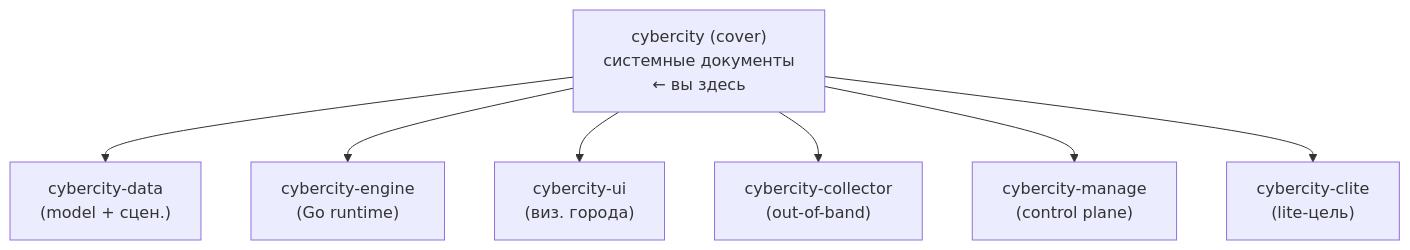
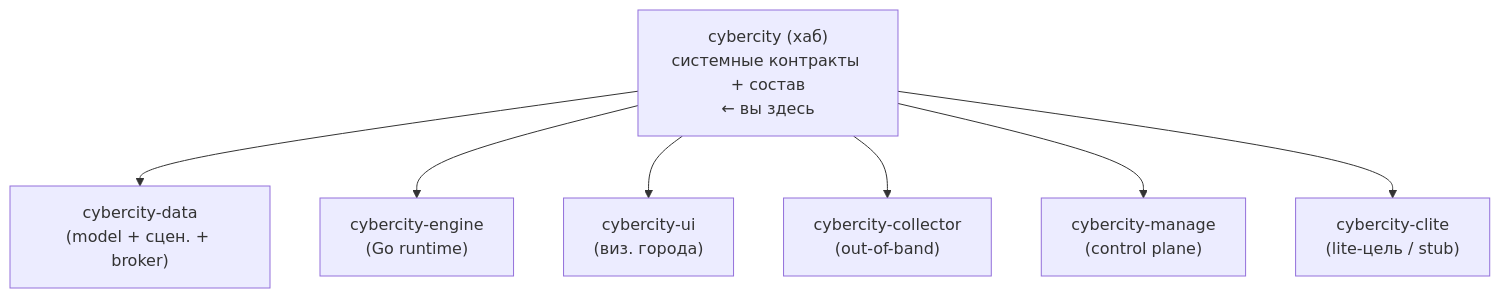
One commit to TheCipherKeeper/cybercity changed the diagram in README.md. Above: the diagram before and after it, drawn with Mermaid. The commit also changed other lines of this file and 17 other files, not shown here.

````diff
--- a/README.md
+++ b/README.md
@@ -36,18 +47,16 @@
 ```mermaid
 flowchart TB
-    Cover["cybercity (cover)<br/>системные документы<br/>← вы здесь"]
-
-    Data["cybercity-data<br/>(model + сцен.)"]
+    Cover["cybercity (хаб)<br/>системные контракты + состав<br/>← вы здесь"]
+    Data["cybercity-data<br/>(model + сцен. + broker)"]
     Engine["cybercity-engine<br/>(Go runtime)"]
     UI["cybercity-ui<br/>(виз. города)"]
     Collector["cybercity-collector<br/>(out-of-band)"]
     Manage["cybercity-manage<br/>(control plane)"]
-    Clite["cybercity-clite<br/>(lite-цель)"]
-
+    Clite["cybercity-clite<br/>(lite-цель / stub)"]
     Cover --> Data
     Cover --> Engine
     Cover --> UI
     Cover --> Collector
     Cover --> Manage
     Cover --> Clite
 ```
````
